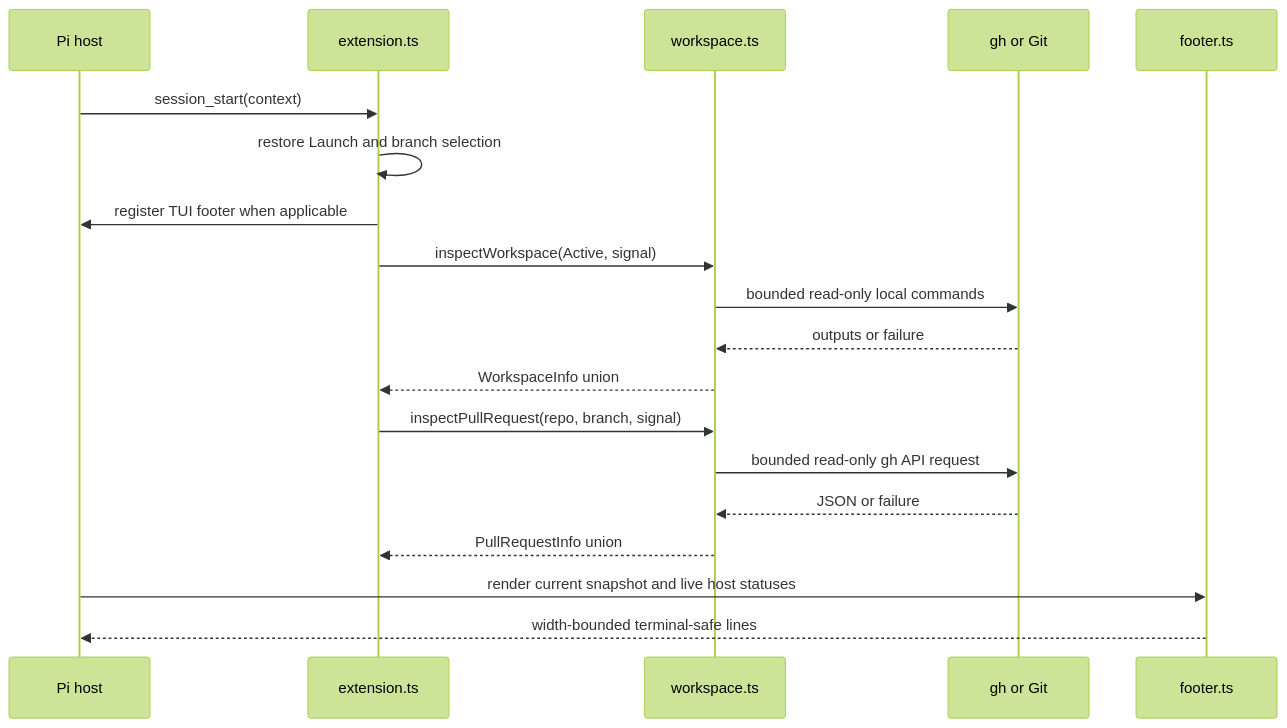
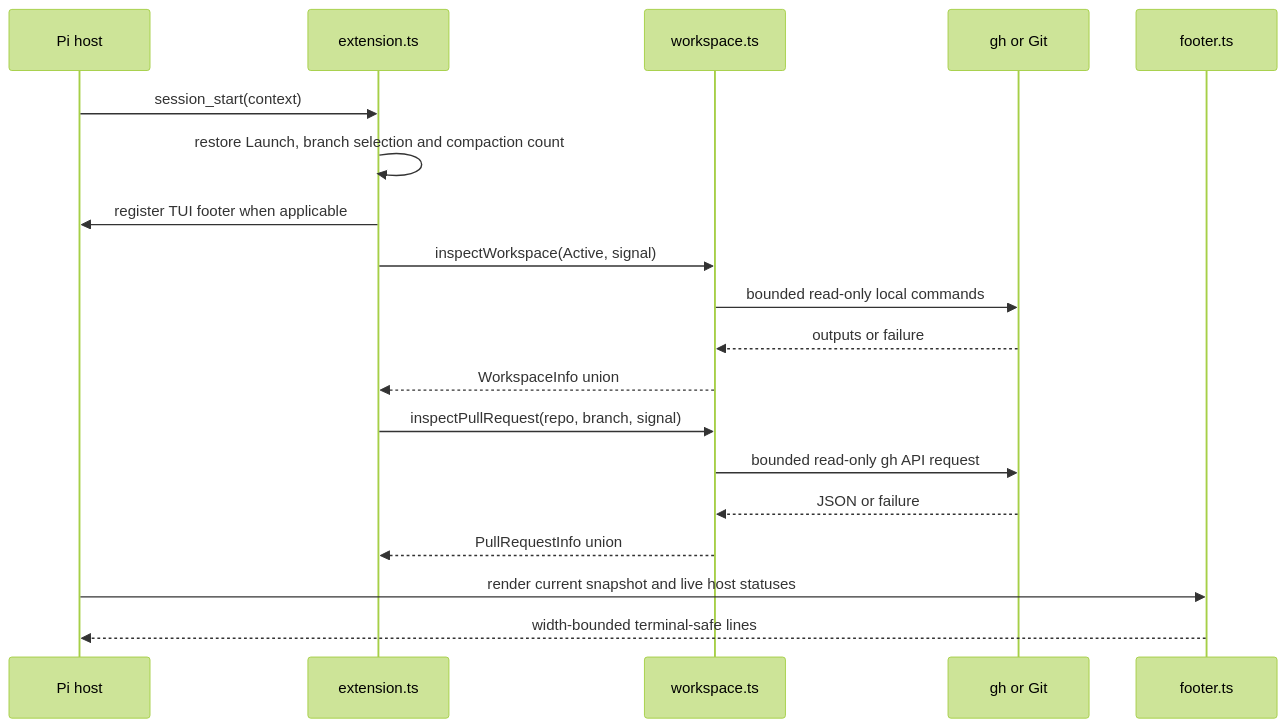
Before and after one commit to jigenator/industrial-os: the second of 2 diagrams in pi/status-bar/docs/architecture.md, drawn with Mermaid (forest theme). The commit also changed other lines of this file and 7 other files, not shown here.

````diff
--- a/pi/status-bar/docs/architecture.md
+++ b/pi/status-bar/docs/architecture.md
@@ -37,21 +37,21 @@
 ```mermaid
 sequenceDiagram
   participant Pi as Pi host
   participant Ext as extension.ts
   participant WS as workspace.ts
   participant GH as gh or Git
   participant UI as footer.ts
   Pi->>Ext: session_start(context)
-  Ext->>Ext: restore Launch and branch selection
+  Ext->>Ext: restore Launch, branch selection and compaction count
   Ext->>Pi: register TUI footer when applicable
   Ext->>WS: inspectWorkspace(Active, signal)
   WS->>GH: bounded read-only local commands
   GH-->>WS: outputs or failure
   WS-->>Ext: WorkspaceInfo union
   Ext->>WS: inspectPullRequest(repo, branch, signal)
   WS->>GH: bounded read-only gh API request
   GH-->>WS: JSON or failure
   WS-->>Ext: PullRequestInfo union
   Pi->>UI: render current snapshot and live host statuses
   UI-->>Pi: width-bounded terminal-safe lines
 ```
````
